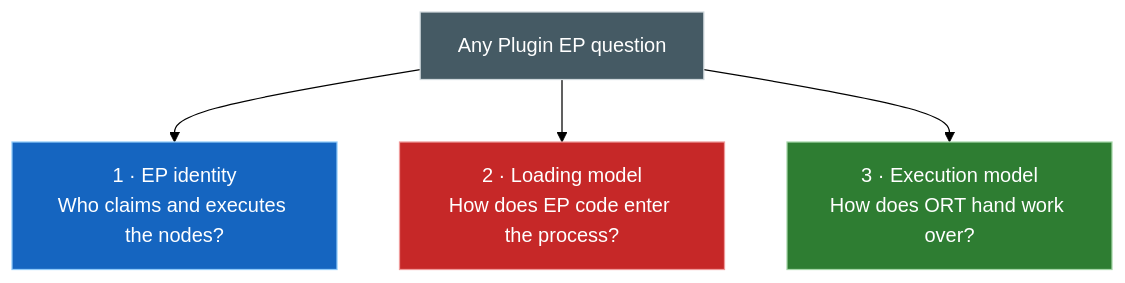
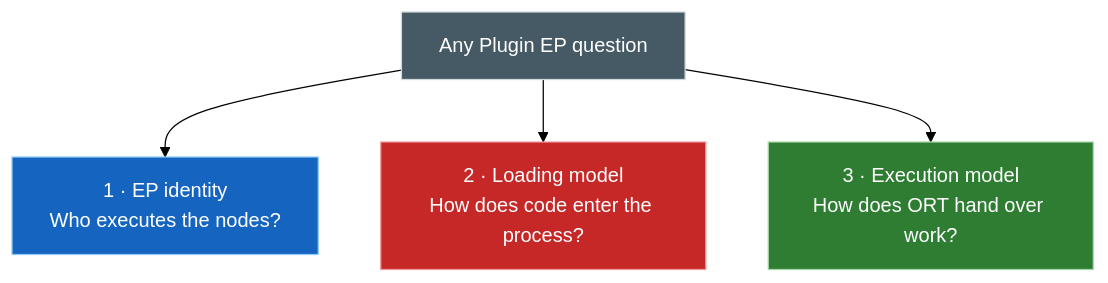
Before and after one commit to DakeQQ/Tutorial-ONNX-Runtime-Execution-Providers: the third of 13 diagrams in PluginEP/README.md, drawn with Mermaid (forest theme). The commit also changed other lines of this file and 15 other files, not shown here.

````diff
--- a/PluginEP/README.md
+++ b/PluginEP/README.md
@@ -95,12 +90,15 @@
 ```mermaid
 flowchart TD
-    Q["Any Plugin EP question"]
-    Q --> ID["1 · EP identity<br/>Who claims and executes the nodes?"]
-    Q --> LO["2 · Loading model<br/>How does EP code enter the process?"]
-    Q --> EX["3 · Execution model<br/>How does ORT hand work over?"]
+    Q["Any Plugin EP question"] --> ID["1 · EP identity<br/>Who executes the nodes?"]
+    Q --> LO["2 · Loading model<br/>How does code enter the process?"]
+    Q --> EX["3 · Execution model<br/>How does ORT hand over work?"]
 
-    style Q fill:#455a64,stroke:#cfd8dc,color:#ffffff
-    style ID fill:#1565c0,stroke:#90caf9,color:#ffffff
-    style LO fill:#c62828,stroke:#ef9a9a,color:#ffffff
-    style EX fill:#2e7d32,stroke:#a5d6a7,color:#ffffff
+    class Q slate
+    class ID blue
+    class LO red
+    class EX green
+    classDef slate fill:#455a64,stroke:#cfd8dc,color:#ffffff
+    classDef blue fill:#1565c0,stroke:#90caf9,color:#ffffff
+    classDef red fill:#c62828,stroke:#ef9a9a,color:#ffffff
+    classDef green fill:#2e7d32,stroke:#a5d6a7,color:#ffffff
 ```
````
